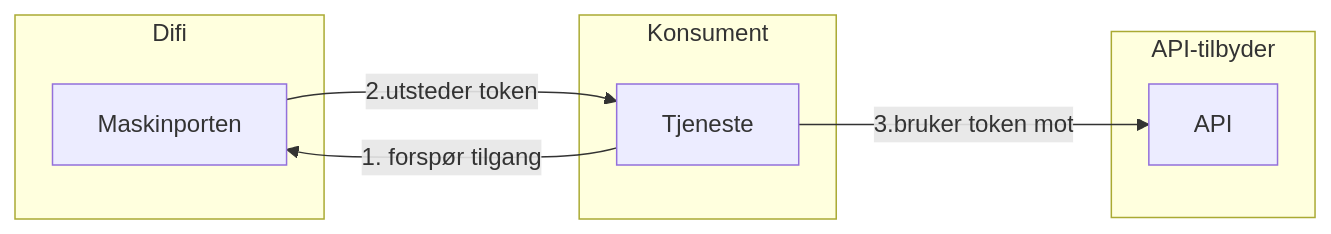
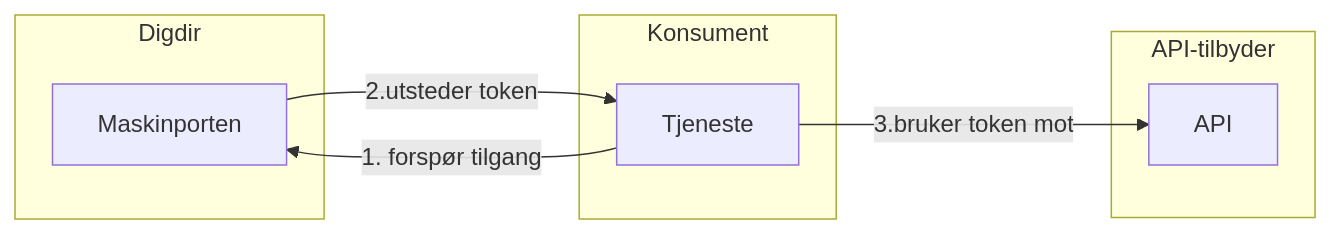
One commit to felleslosninger/docs changed the first of 2 diagrams in _docs/Maskinporten/maskinporten_auth_server-to-server-oauth2.md. Above: the diagram before and after it, drawn with Mermaid.

Commit message:
Update maskinporten_auth_server-to-server-oauth2.md
Oppdatere Difi -> Digdir i flytdiagram

```diff
--- a/_docs/Maskinporten/maskinporten_auth_server-to-server-oauth2.md
+++ b/_docs/Maskinporten/maskinporten_auth_server-to-server-oauth2.md
@@ -15,15 +15,15 @@
 <div class="mermaid">
 graph LR
   subgraph API-tilbyder
     API
   end
-  subgraph Difi
+  subgraph Digdir
     Maskinporten[Maskinporten]
   end
   subgraph Konsument
      ny[Tjeneste]
   end
   Maskinporten -->|2.utsteder token|ny
   ny -->|1. forspør tilgang|Maskinporten
   ny -->|3.bruker token mot|API
 </div>
```
